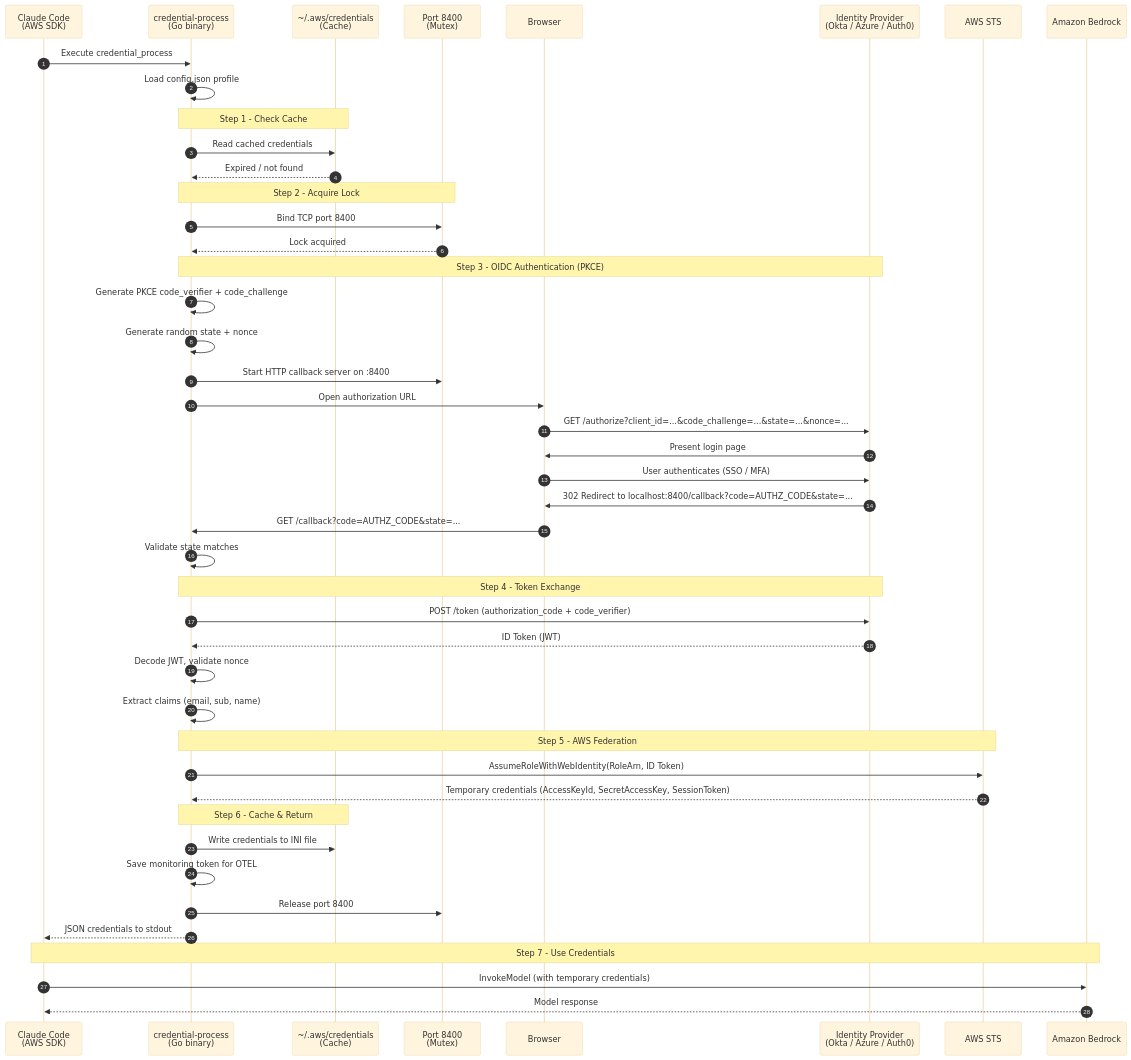
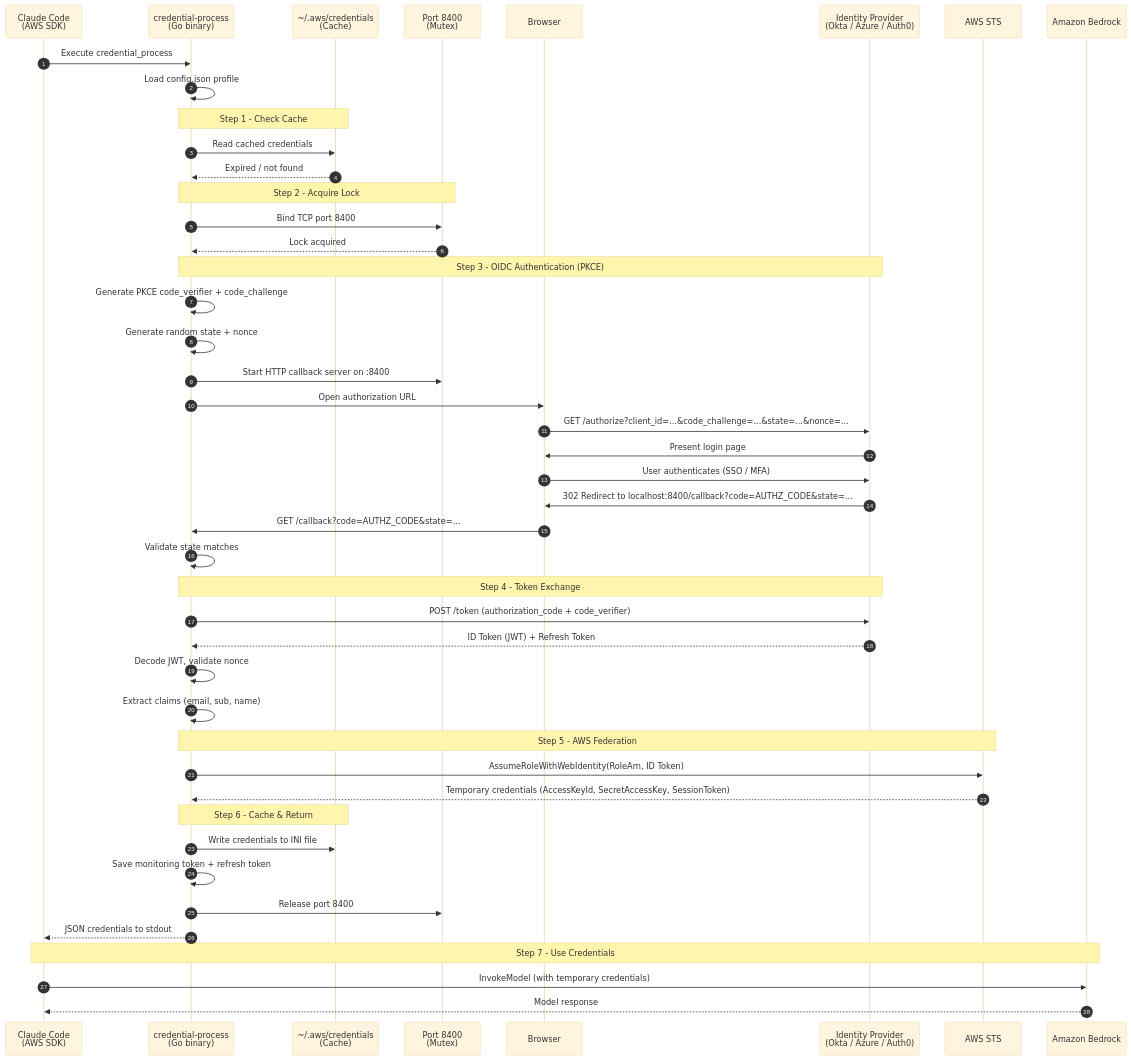
Before and after one commit to jeremypburton/guidance-for-claude-code-with-amazon-bedrock: the first of 4 diagrams in assets/docs/credential-helper.md, drawn with Mermaid (base theme). The commit also changed other lines of this file and 1 other file, not shown here.

First line of the commit message:
Split docs: credential-helper.md covers credential process, OTEL_HELPER.md covers otel-helper only

````diff
--- a/assets/docs/credential-helper.md
+++ b/assets/docs/credential-helper.md
@@ -45,57 +45,57 @@
 ```mermaid
 sequenceDiagram
     autonumber
     participant CC as Claude Code<br/>(AWS SDK)
     participant CP as credential-process<br/>(Go binary)
     participant Cache as ~/.aws/credentials<br/>(Cache)
     participant Lock as Port 8400<br/>(Mutex)
     participant Browser as Browser
     participant IdP as Identity Provider<br/>(Okta / Azure / Auth0)
     participant STS as AWS STS
     participant Bedrock as Amazon Bedrock
 
     CC->>CP: Execute credential_process
     CP->>CP: Load config.json profile
 
     Note over CP,Cache: Step 1 - Check Cache
     CP->>Cache: Read cached credentials
     Cache-->>CP: Expired / not found
 
     Note over CP,Lock: Step 2 - Acquire Lock
     CP->>Lock: Bind TCP port 8400
     Lock-->>CP: Lock acquired
 
     Note over CP,IdP: Step 3 - OIDC Authentication (PKCE)
     CP->>CP: Generate PKCE code_verifier + code_challenge
     CP->>CP: Generate random state + nonce
     CP->>Lock: Start HTTP callback server on :8400
     CP->>Browser: Open authorization URL
 
     Browser->>IdP: GET /authorize?client_id=...&code_challenge=...&state=...&nonce=...
     IdP->>Browser: Present login page
     Browser->>IdP: User authenticates (SSO / MFA)
     IdP->>Browser: 302 Redirect to localhost:8400/callback?code=AUTHZ_CODE&state=...
 
     Browser->>CP: GET /callback?code=AUTHZ_CODE&state=...
     CP->>CP: Validate state matches
 
     Note over CP,IdP: Step 4 - Token Exchange
     CP->>IdP: POST /token (authorization_code + code_verifier)
-    IdP-->>CP: ID Token (JWT)
+    IdP-->>CP: ID Token (JWT) + Refresh Token
     CP->>CP: Decode JWT, validate nonce
     CP->>CP: Extract claims (email, sub, name)
 
     Note over CP,STS: Step 5 - AWS Federation
     CP->>STS: AssumeRoleWithWebIdentity(RoleArn, ID Token)
     STS-->>CP: Temporary credentials (AccessKeyId, SecretAccessKey, SessionToken)
 
     Note over CP,Cache: Step 6 - Cache & Return
     CP->>Cache: Write credentials to INI file
-    CP->>CP: Save monitoring token for OTEL
+    CP->>CP: Save monitoring token + refresh token
     CP->>Lock: Release port 8400
     CP-->>CC: JSON credentials to stdout
 
     Note over CC,Bedrock: Step 7 - Use Credentials
     CC->>Bedrock: InvokeModel (with temporary credentials)
     Bedrock-->>CC: Model response
 ```
````
